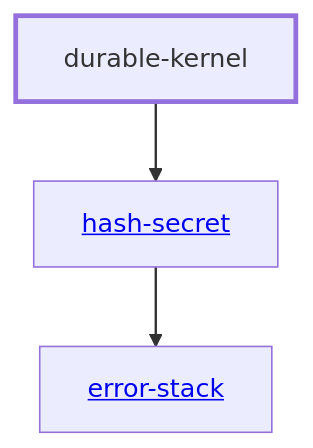
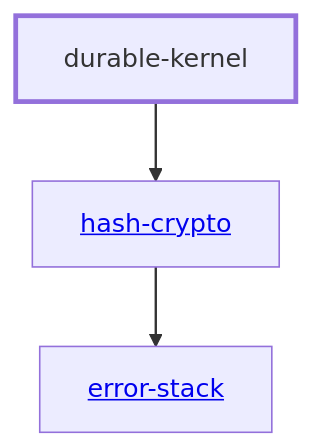
One commit to hashintel/hash changed the diagram in libs/@local/durable-kernel/docs/dependency-diagram.mmd. Above: the diagram before and after it, drawn with Mermaid. The commit also changed 138 other files, not shown here.

Commit message:
Rename hash-secret to hash-crypto

```diff
--- a/libs/@local/durable-kernel/docs/dependency-diagram.mmd
+++ b/libs/@local/durable-kernel/docs/dependency-diagram.mmd
@@ -1,16 +1,16 @@
 graph TD
     linkStyle default stroke-width:1.5px
     classDef default stroke-width:1px
     classDef root stroke-width:3px
     classDef dev stroke-width:1px
     classDef build stroke-width:1px
     %% Legend
     %% --> : Normal dependency
     %% -.-> : Dev dependency
     %% ---> : Build dependency
-    0[durable-kernel]
-    class 0 root
-    1[<a href="../hash_secret/index.html">hash-secret</a>]
+    0[<a href="../hash_crypto/index.html">hash-crypto</a>]
+    1[durable-kernel]
+    class 1 root
     2[<a href="../error_stack/index.html">error-stack</a>]
-    0 --> 1
-    1 --> 2
+    0 --> 2
+    1 --> 0
```
